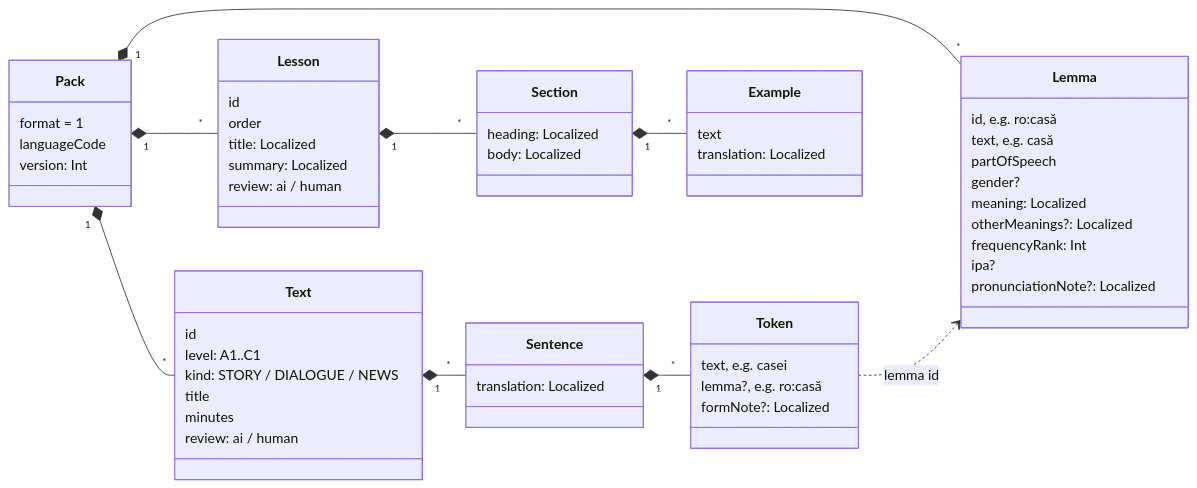
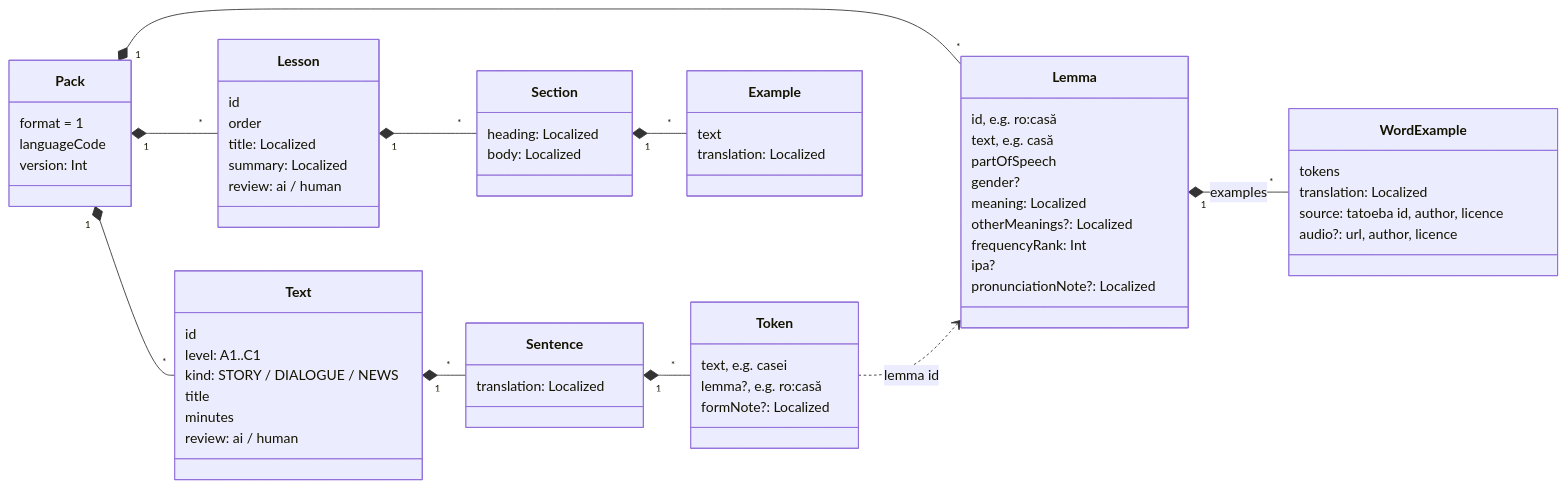
Before and after one commit to Namularbre/LanguageLearningContentGeneration: the seventh of 8 diagrams in README.md, drawn with Mermaid. The commit also changed other lines of this file and 5 other files, not shown here.

First line of the commit message:
Add real example sentences from Tatoeba to the words of a pack

````diff
--- a/README.md
+++ b/README.md
@@ -244,59 +280,66 @@
 ```mermaid
 classDiagram
     direction LR
     class Pack {
         format = 1
         languageCode
         version: Int
     }
     class Lemma {
         id, e.g. ro:casă
         text, e.g. casă
         partOfSpeech
         gender?
         meaning: Localized
         otherMeanings?: Localized
         frequencyRank: Int
         ipa?
         pronunciationNote?: Localized
+    }
+    class WordExample {
+        tokens
+        translation: Localized
+        source: tatoeba id, author, licence
+        audio?: url, author, licence
     }
     class Text {
         id
         level: A1..C1
         kind: STORY / DIALOGUE / NEWS
         title
         minutes
         review: ai / human
     }
     class Sentence {
         translation: Localized
     }
     class Token {
         text, e.g. casei
         lemma?, e.g. ro:casă
         formNote?: Localized
     }
     class Lesson {
         id
         order
         title: Localized
         summary: Localized
         review: ai / human
     }
     class Section {
         heading: Localized
         body: Localized
     }
     class Example {
         text
         translation: Localized
     }
     Pack "1" *-- "*" Lemma
     Pack "1" *-- "*" Text
     Pack "1" *-- "*" Lesson
     Text "1" *-- "*" Sentence
     Sentence "1" *-- "*" Token
     Token ..> Lemma : lemma id
+    Lemma "1" *-- "*" WordExample : examples
     Lesson "1" *-- "*" Section
     Section "1" *-- "*" Example
 ```
````
